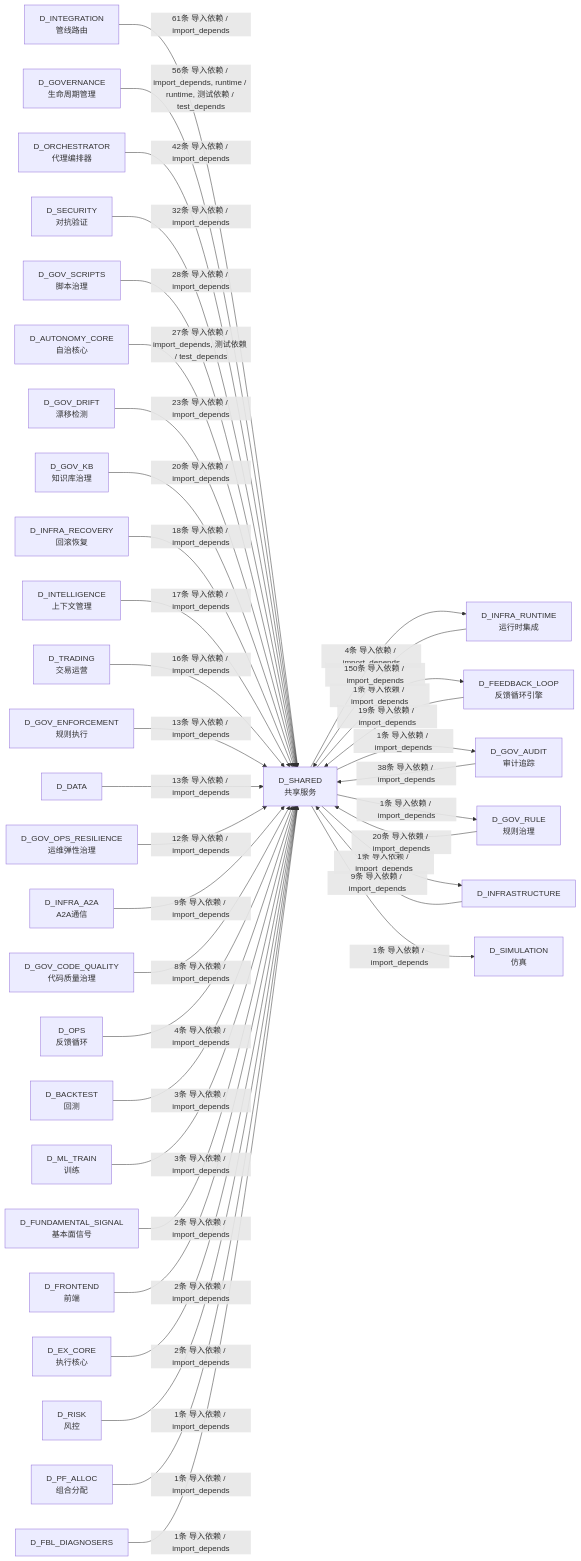
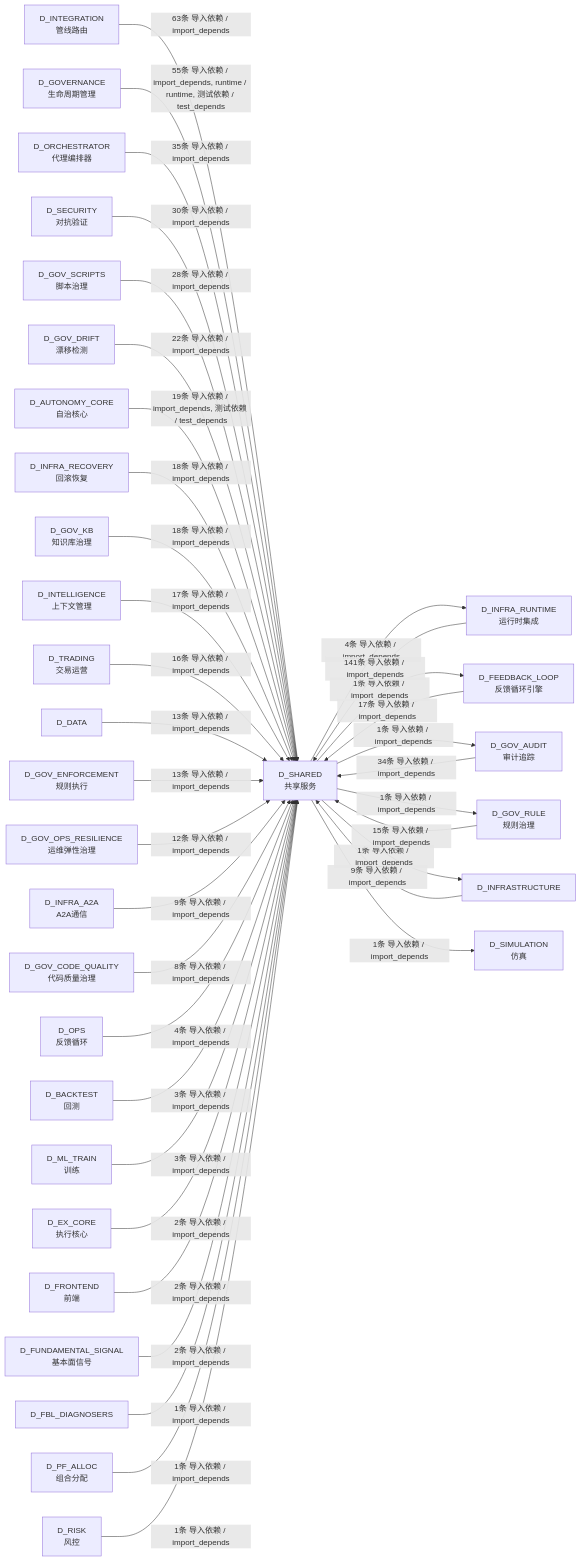
One commit to xuanFelixVan/ZephyrAlpha changed the tenth of 10 diagrams in docs/02_enterprise_architecture/02_domain_architecture_docs/26_d_shared.md. Above: the diagram before and after it, drawn with Mermaid. The commit also changed other lines of this file and 82 other files, not shown here.

````diff
--- a/docs/02_enterprise_architecture/02_domain_architecture_docs/26_d_shared.md
+++ b/docs/02_enterprise_architecture/02_domain_architecture_docs/26_d_shared.md
@@ -1734,71 +1694,71 @@
 ```mermaid
 graph LR
     D_SHARED["D_SHARED<br/>共享服务"]
     D_INFRA_RUNTIME["D_INFRA_RUNTIME<br/>运行时集成"]
     D_FEEDBACK_LOOP["D_FEEDBACK_LOOP<br/>反馈循环引擎"]
     D_GOV_AUDIT["D_GOV_AUDIT<br/>审计追踪"]
     D_GOV_RULE["D_GOV_RULE<br/>规则治理"]
     D_INFRASTRUCTURE["D_INFRASTRUCTURE"]
     D_SIMULATION["D_SIMULATION<br/>仿真"]
     D_INTEGRATION["D_INTEGRATION<br/>管线路由"]
     D_GOVERNANCE["D_GOVERNANCE<br/>生命周期管理"]
     D_ORCHESTRATOR["D_ORCHESTRATOR<br/>代理编排器"]
     D_SECURITY["D_SECURITY<br/>对抗验证"]
     D_GOV_SCRIPTS["D_GOV_SCRIPTS<br/>脚本治理"]
+    D_GOV_DRIFT["D_GOV_DRIFT<br/>漂移检测"]
     D_AUTONOMY_CORE["D_AUTONOMY_CORE<br/>自治核心"]
-    D_GOV_DRIFT["D_GOV_DRIFT<br/>漂移检测"]
+    D_INFRA_RECOVERY["D_INFRA_RECOVERY<br/>回滚恢复"]
     D_GOV_KB["D_GOV_KB<br/>知识库治理"]
-    D_INFRA_RECOVERY["D_INFRA_RECOVERY<br/>回滚恢复"]
     D_INTELLIGENCE["D_INTELLIGENCE<br/>上下文管理"]
     D_TRADING["D_TRADING<br/>交易运营"]
+    D_DATA["D_DATA"]
     D_GOV_ENFORCEMENT["D_GOV_ENFORCEMENT<br/>规则执行"]
-    D_DATA["D_DATA"]
     D_GOV_OPS_RESILIENCE["D_GOV_OPS_RESILIENCE<br/>运维弹性治理"]
     D_INFRA_A2A["D_INFRA_A2A<br/>A2A通信"]
     D_GOV_CODE_QUALITY["D_GOV_CODE_QUALITY<br/>代码质量治理"]
     D_OPS["D_OPS<br/>反馈循环"]
     D_BACKTEST["D_BACKTEST<br/>回测"]
     D_ML_TRAIN["D_ML_TRAIN<br/>训练"]
+    D_EX_CORE["D_EX_CORE<br/>执行核心"]
+    D_FRONTEND["D_FRONTEND<br/>前端"]
     D_FUNDAMENTAL_SIGNAL["D_FUNDAMENTAL_SIGNAL<br/>基本面信号"]
-    D_FRONTEND["D_FRONTEND<br/>前端"]
-    D_EX_CORE["D_EX_CORE<br/>执行核心"]
+    D_FBL_DIAGNOSERS["D_FBL_DIAGNOSERS"]
+    D_PF_ALLOC["D_PF_ALLOC<br/>组合分配"]
     D_RISK["D_RISK<br/>风控"]
-    D_PF_ALLOC["D_PF_ALLOC<br/>组合分配"]
-    D_FBL_DIAGNOSERS["D_FBL_DIAGNOSERS"]
     D_SHARED -->|4条 导入依赖 / import_depends| D_INFRA_RUNTIME
     D_SHARED -->|1条 导入依赖 / import_depends| D_FEEDBACK_LOOP
     D_SHARED -->|1条 导入依赖 / import_depends| D_GOV_AUDIT
     D_SHARED -->|1条 导入依赖 / import_depends| D_GOV_RULE
     D_SHARED -->|1条 导入依赖 / import_depends| D_INFRASTRUCTURE
     D_SHARED -->|1条 导入依赖 / import_depends| D_SIMULATION
-    D_INFRA_RUNTIME -->|150条 导入依赖 / import_depends| D_SHARED
-    D_INTEGRATION -->|61条 导入依赖 / import_depends| D_SHARED
-    D_GOVERNANCE -->|56条 导入依赖 / import_depends, runtime / runtime, 测试依赖 / test_depends| D_SHARED
-    D_ORCHESTRATOR -->|42条 导入依赖 / import_depends| D_SHARED
-    D_GOV_AUDIT -->|38条 导入依赖 / import_depends| D_SHARED
-    D_SECURITY -->|32条 导入依赖 / import_depends| D_SHARED
+    D_INFRA_RUNTIME -->|141条 导入依赖 / import_depends| D_SHARED
+    D_INTEGRATION -->|63条 导入依赖 / import_depends| D_SHARED
+    D_GOVERNANCE -->|55条 导入依赖 / import_depends, runtime / runtime, 测试依赖 / test_depends| D_SHARED
+    D_ORCHESTRATOR -->|35条 导入依赖 / import_depends| D_SHARED
+    D_GOV_AUDIT -->|34条 导入依赖 / import_depends| D_SHARED
+    D_SECURITY -->|30条 导入依赖 / import_depends| D_SHARED
     D_GOV_SCRIPTS -->|28条 导入依赖 / import_depends| D_SHARED
-    D_AUTONOMY_CORE -->|27条 导入依赖 / import_depends, 测试依赖 / test_depends| D_SHARED
-    D_GOV_DRIFT -->|23条 导入依赖 / import_depends| D_SHARED
-    D_GOV_RULE -->|20条 导入依赖 / import_depends| D_SHARED
-    D_GOV_KB -->|20条 导入依赖 / import_depends| D_SHARED
-    D_FEEDBACK_LOOP -->|19条 导入依赖 / import_depends| D_SHARED
+    D_GOV_DRIFT -->|22条 导入依赖 / import_depends| D_SHARED
+    D_AUTONOMY_CORE -->|19条 导入依赖 / import_depends, 测试依赖 / test_depends| D_SHARED
     D_INFRA_RECOVERY -->|18条 导入依赖 / import_depends| D_SHARED
+    D_GOV_KB -->|18条 导入依赖 / import_depends| D_SHARED
+    D_FEEDBACK_LOOP -->|17条 导入依赖 / import_depends| D_SHARED
     D_INTELLIGENCE -->|17条 导入依赖 / import_depends| D_SHARED
     D_TRADING -->|16条 导入依赖 / import_depends| D_SHARED
+    D_GOV_RULE -->|15条 导入依赖 / import_depends| D_SHARED
+    D_DATA -->|13条 导入依赖 / import_depends| D_SHARED
     D_GOV_ENFORCEMENT -->|13条 导入依赖 / import_depends| D_SHARED
-    D_DATA -->|13条 导入依赖 / import_depends| D_SHARED
     D_GOV_OPS_RESILIENCE -->|12条 导入依赖 / import_depends| D_SHARED
+    D_INFRA_A2A -->|9条 导入依赖 / import_depends| D_SHARED
     D_INFRASTRUCTURE -->|9条 导入依赖 / import_depends| D_SHARED
-    D_INFRA_A2A -->|9条 导入依赖 / import_depends| D_SHARED
     D_GOV_CODE_QUALITY -->|8条 导入依赖 / import_depends| D_SHARED
     D_OPS -->|4条 导入依赖 / import_depends| D_SHARED
     D_BACKTEST -->|3条 导入依赖 / import_depends| D_SHARED
     D_ML_TRAIN -->|3条 导入依赖 / import_depends| D_SHARED
+    D_EX_CORE -->|2条 导入依赖 / import_depends| D_SHARED
+    D_FRONTEND -->|2条 导入依赖 / import_depends| D_SHARED
     D_FUNDAMENTAL_SIGNAL -->|2条 导入依赖 / import_depends| D_SHARED
-    D_FRONTEND -->|2条 导入依赖 / import_depends| D_SHARED
-    D_EX_CORE -->|2条 导入依赖 / import_depends| D_SHARED
+    D_FBL_DIAGNOSERS -->|1条 导入依赖 / import_depends| D_SHARED
+    D_PF_ALLOC -->|1条 导入依赖 / import_depends| D_SHARED
     D_RISK -->|1条 导入依赖 / import_depends| D_SHARED
-    D_PF_ALLOC -->|1条 导入依赖 / import_depends| D_SHARED
-    D_FBL_DIAGNOSERS -->|1条 导入依赖 / import_depends| D_SHARED
 ```
````
